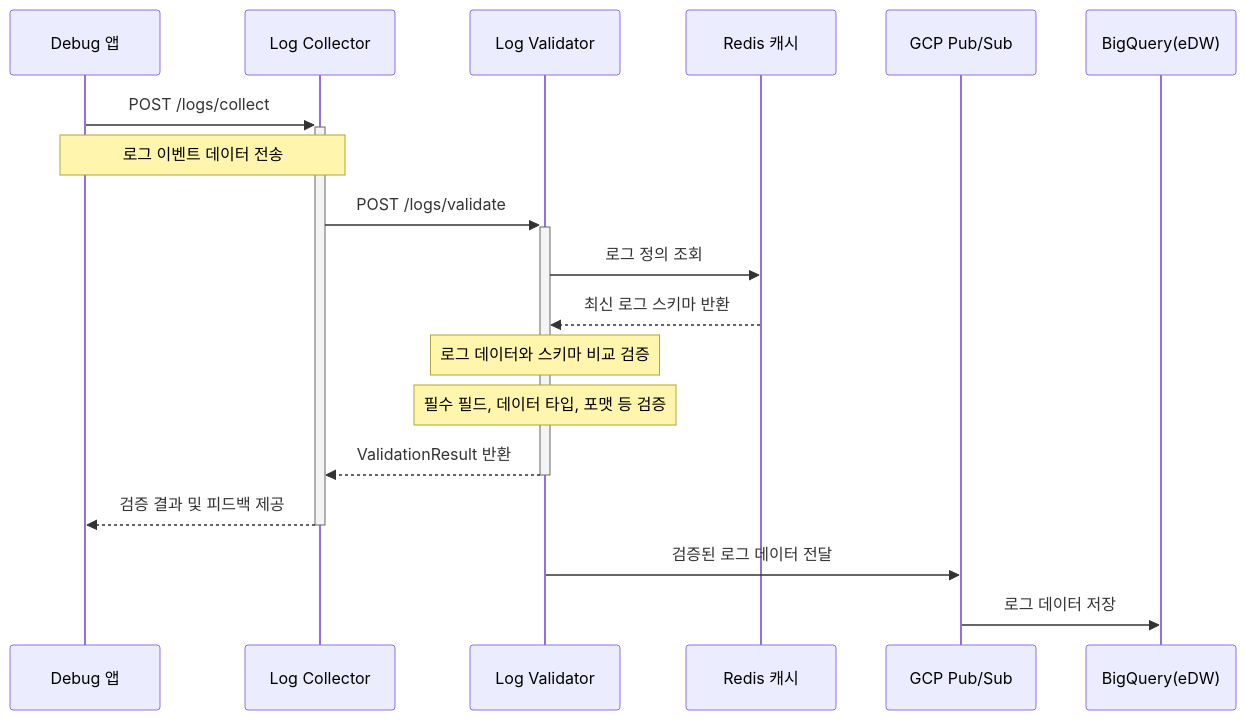
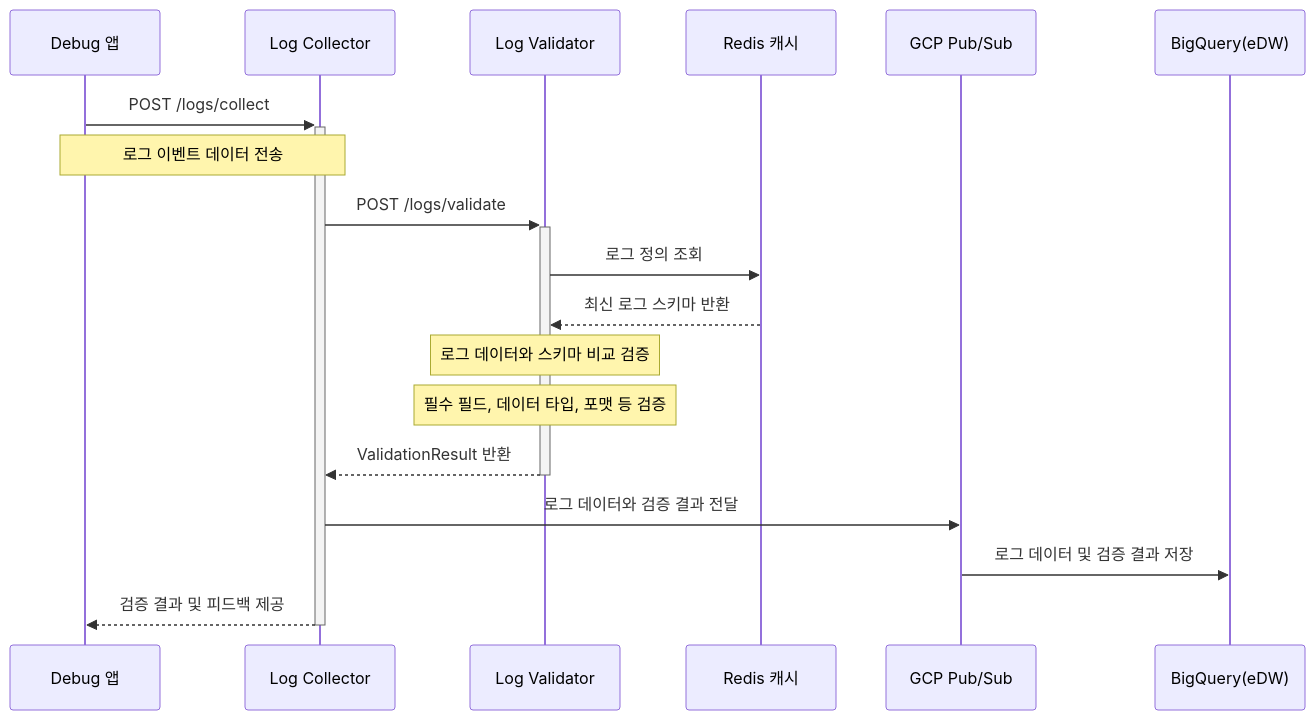
The third of 6 diagrams in 99. 활용/I.Log.Yo_ARCHITECTURE.md (sch0718/ai-dev-log), drawn with Mermaid before and after one commit. The commit also changed other lines of this file and 1 other file, not shown here.

````diff
--- a/99. 활용/I.Log.Yo_ARCHITECTURE.md
+++ b/99. 활용/I.Log.Yo_ARCHITECTURE.md
@@ -276,26 +317,27 @@
 ```mermaid
 sequenceDiagram
     participant App as Debug 앱
     participant LC as Log Collector
     participant LV as Log Validator
     participant Redis as Redis 캐시
     participant PS as GCP Pub/Sub
     participant BQ as BigQuery(eDW)
 
     App->>+LC: POST /logs/collect
     Note over App,LC: 로그 이벤트 데이터 전송
     
     LC->>+LV: POST /logs/validate
     
     LV->>Redis: 로그 정의 조회
     Redis-->>LV: 최신 로그 스키마 반환
     
     Note over LV: 로그 데이터와 스키마 비교 검증
     Note over LV: 필수 필드, 데이터 타입, 포맷 등 검증
     
     LV-->>-LC: ValidationResult 반환
+    
+    LC->>PS: 로그 데이터와 검증 결과 전달
+    PS->>BQ: 로그 데이터 및 검증 결과 저장
+    
     LC-->>-App: 검증 결과 및 피드백 제공
-    
-    LV->>PS: 검증된 로그 데이터 전달
-    PS->>BQ: 로그 데이터 저장
 ```
````
